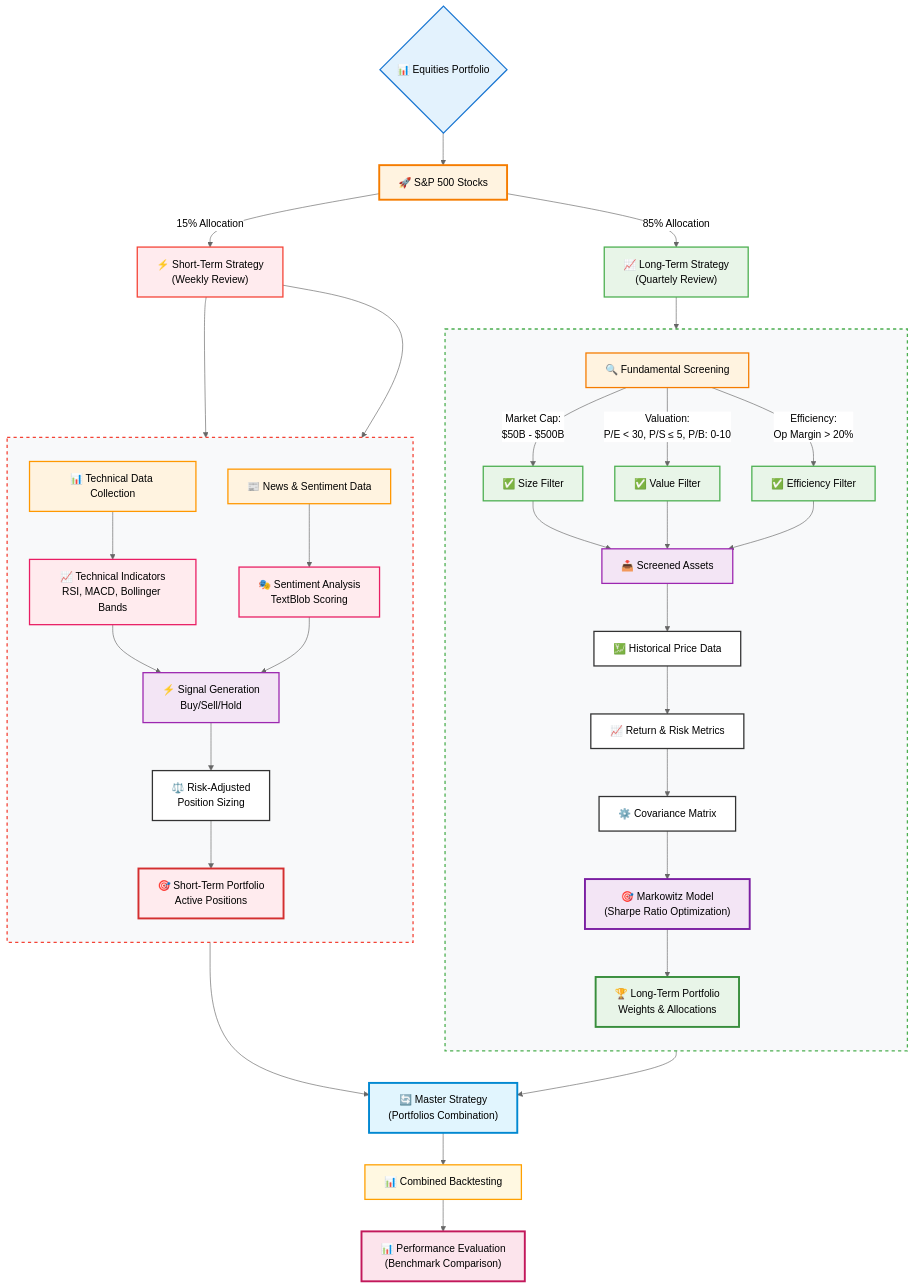
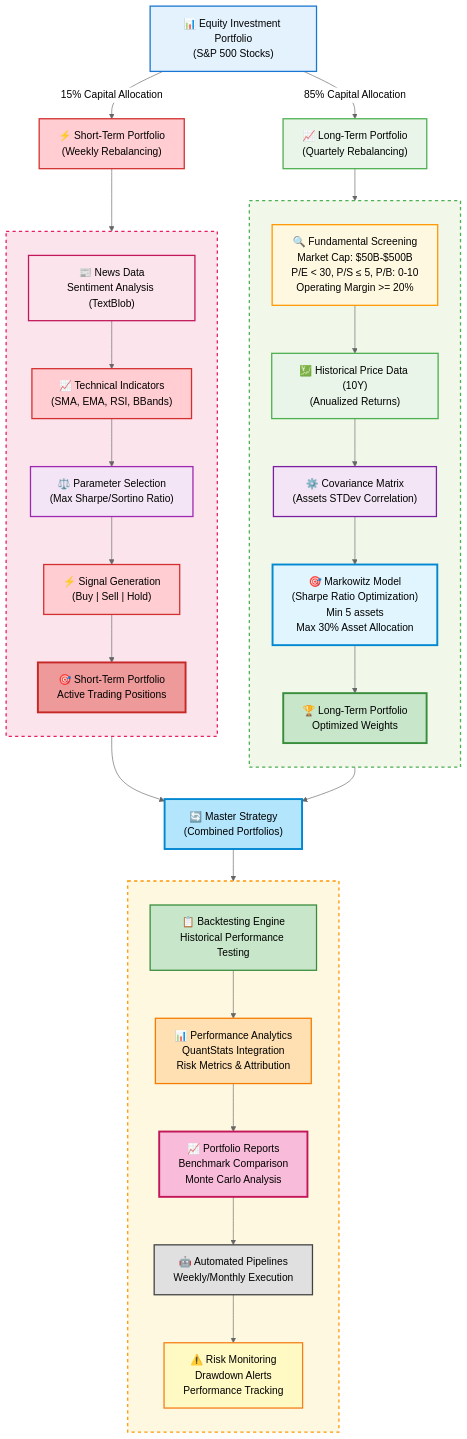
The diagram in README.md (renan-peres/mfin-algo-trading-team), drawn with Mermaid (neutral theme) before and after one commit. The commit also changed other lines of this file, not shown here.

Commit message:
Mermaid Diagram Update

````diff
--- a/README.md
+++ b/README.md
@@ -94,108 +64,96 @@
 ```mermaid
-flowchart TD
-    Start{📊 Equities Portfolio} --> Split[🚀 S&P 500 Stocks]
+flowchart TB
+    %% Data Sources
+    DS["📊 Equity Investment Portfolio<br/>(S&P 500 Stocks)"]
     
-    Split -->|"85% Allocation"| LongTerm["📈 Long-Term Strategy<br/>(Quartely Review)"]
-    Split -->|"15% Allocation"| ShortTerm["⚡ Short-Term Strategy<br/>(Weekly Review)"]
+    %% Strategy Split
+    DS -->|85% Capital Allocation| LTS["📈 Long-Term Portfolio<br/>(Quartely Rebalancing)"]
+    DS -->|15% Capital Allocation| STS["⚡ Short-Term Portfolio<br/>(Weekly Rebalancing)"]
     
-    %% Long-Term Portfolio Flow
-    LongTerm --> Screen[🔍 Fundamental Screening]
+    %% Long-Term Strategy Branch
+    LTS --> FS[🔍 Fundamental Screening<br/>Market Cap: $50B-$500B<br/>P/E < 30, P/S ≤ 5, P/B: 0-10<br/>Operating Margin >= 20%]
+    FS --> HD["💹 Historical Price Data (10Y)<br/>(Anualized Returns)"]
+    HD --> CM["⚙️ Covariance Matrix<br/>(Assets STDev Correlation)"]
+    CM --> MPT["🎯 Markowitz Model<br/>(Sharpe Ratio Optimization)"<br/>Min 5 assets<br/>Max 30% Asset Allocation]
+    MPT --> LTP[🏆 Long-Term Portfolio<br/>Optimized Weights]
     
-    Screen -->|"Market Cap:<br/>$50B - $500B"| Valid1[✅ Size Filter]
-    Screen -->|"Valuation:<br/>P/E < 30, P/S ≤ 5, P/B: 0-10"| Valid2[✅ Value Filter]
-    Screen -->|"Efficiency:<br/>Op Margin > 20%"| Valid3[✅ Efficiency Filter]
+    %% Short-Term Strategy Branch
+    STS --> ND["📰 News Data<br/>Sentiment Analysis (TextBlob)"]
+    ND --> TI["📈 Technical Indicators<br/>(SMA, EMA, RSI, BBands)"]
+    TI --> SG["⚖️ Parameter Selection<br/>(Max Sharpe/Sortino Ratio)"]
+    SG --> PS2["⚡ Signal Generation<br/>(Buy | Sell | Hold)"]
+    PS2 --> STP[🎯 Short-Term Portfolio<br/>Active Trading Positions]
     
-    Valid1 --> Collect[📥 Screened Assets]
-    Valid2 --> Collect
-    Valid3 --> Collect
+    %% Portfolio Combination
+    LTP --> CP["🔄 Master Strategy<br/>(Combined Portfolios)"]
+    STP --> CP
     
-    Collect --> Price[💹 Historical Price Data]
-    Price --> Returns[📈 Return & Risk Metrics]
-    Returns --> Covariance[⚙️ Covariance Matrix]
+    %% Backtesting & Analysis
+    CP --> BE[📋 Backtesting Engine<br/>Historical Performance Testing]
+    BE --> PA[📊 Performance Analytics<br/>QuantStats Integration<br/>Risk Metrics & Attribution]
+    PA --> PR[📈 Portfolio Reports<br/>Benchmark Comparison<br/>Monte Carlo Analysis]
     
-    Covariance --> Optimize["🎯 Markowitz Model<br/>(Sharpe Ratio Optimization)"]
+    %% Automation
+    PR --> AP[🤖 Automated Pipelines<br/>Weekly/Monthly Execution]
+    AP --> RM[⚠️ Risk Monitoring<br/>Drawdown Alerts<br/>Performance Tracking]
     
-    Optimize --> LongPortfolio[🏆 Long-Term Portfolio<br/>Weights & Allocations]
+    %% Improved Styling with Better Contrast
+    style DS fill:#e3f2fd,stroke:#1976d2,stroke-width:2px,color:#000000
     
-    %% Short-Term Portfolio Flow
-    ShortTerm --> TechData[📊 Technical Data Collection]
-    ShortTerm --> NewsData[📰 News & Sentiment Data]
+    %% Long-term styling with dark text
+    style LTS fill:#e8f5e8,stroke:#4caf50,stroke-width:2px,color:#000000
+    style FS fill:#fff8e1,stroke:#ff9800,stroke-width:2px,color:#000000
+    style HD fill:#e8f5e8,stroke:#4caf50,stroke-width:2px,color:#000000
+    style CM fill:#f3e5f5,stroke:#7b1fa2,stroke-width:2px,color:#000000
+    style MPT fill:#e1f5fe,stroke:#0288d1,stroke-width:3px,color:#000000
+    style LTP fill:#c8e6c9,stroke:#388e3c,stroke-width:3px,color:#000000
     
-    TechData --> Indicators[📈 Technical Indicators<br/>RSI, MACD, Bollinger Bands]
-    NewsData --> Sentiment[🎭 Sentiment Analysis<br/>TextBlob Scoring]
+    %% Short-term styling with white text on dark backgrounds
+    style STS fill:#ffcdd2,stroke:#d32f2f,stroke-width:2px,color:#000000
+    style ND fill:#fce4ec,stroke:#c2185b,stroke-width:2px,color:#000000
+    style TI fill:#ffcdd2,stroke:#d32f2f,stroke-width:2px,color:#000000
+    style SG fill:#f3e5f5,stroke:#9c27b0,stroke-width:2px,color:#000000
+    style PS2 fill:#ffcdd2,stroke:#d32f2f,stroke-width:2px,color:#000000
+    style STP fill:#ef9a9a,stroke:#c62828,stroke-width:3px,color:#000000
     
-    Indicators --> SignalGen[⚡ Signal Generation<br/>Buy/Sell/Hold]
-    Sentiment --> SignalGen
+    %% Combined flow styling
+    style CP fill:#b3e5fc,stroke:#0288d1,stroke-width:3px,color:#000000
+    style BE fill:#c8e6c9,stroke:#388e3c,stroke-width:2px,color:#000000
+    style PA fill:#ffe0b2,stroke:#f57c00,stroke-width:2px,color:#000000
+    style PR fill:#f8bbd9,stroke:#c2185b,stroke-width:3px,color:#000000
+    style AP fill:#e0e0e0,stroke:#424242,stroke-width:2px,color:#000000
+    style RM fill:#fff9c4,stroke:#f57f17,stroke-width:2px,color:#000000
     
-    SignalGen --> RiskSize[⚖️ Risk-Adjusted<br/>Position Sizing]
-    RiskSize --> ShortPortfolio[🎯 Short-Term Portfolio<br/>Active Positions]
-    
-    %% Combined Flow
-    LongPortfolio --> CombinePort["🔄 Master Strategy <br/>(Portfolios Combination)"]
-    ShortPortfolio --> CombinePort
-    
-    CombinePort --> FinalBacktest[📊 Combined Backtesting]
-    FinalBacktest --> FinalEval["📊 Performance Evaluation<br/>(Benchmark Comparison)"]
-    
-    %% Styling
-    style Start fill:#e3f2fd,stroke:#1976d2,stroke-width:2px,color:#000000
-    style Split fill:#fff3e0,stroke:#f57c00,stroke-width:3px,color:#000000
-    style LongTerm fill:#e8f5e8,stroke:#4caf50,stroke-width:2px,color:#000000
-    style ShortTerm fill:#ffebee,stroke:#f44336,stroke-width:2px,color:#000000
-    
-    %% Long-term styling
-    style Screen fill:#fff3e0,stroke:#f57c00,stroke-width:2px,color:#000000
-    style Valid1 fill:#e8f5e8,stroke:#4caf50,stroke-width:2px,color:#000000
-    style Valid2 fill:#e8f5e8,stroke:#4caf50,stroke-width:2px,color:#000000
-    style Valid3 fill:#e8f5e8,stroke:#4caf50,stroke-width:2px,color:#000000
-    style Collect fill:#f3e5f5,stroke:#9c27b0,stroke-width:2px,color:#000000
-    style Price fill:#ffffff,stroke:#333333,stroke-width:2px,color:#000000
-    style Returns fill:#ffffff,stroke:#333333,stroke-width:2px,color:#000000
-    style Covariance fill:#ffffff,stroke:#333333,stroke-width:2px,color:#000000
-    style Optimize fill:#f3e5f5,stroke:#7b1fa2,stroke-width:3px,color:#000000
-    style LongPortfolio fill:#e8f5e8,stroke:#388e3c,stroke-width:3px,color:#000000
-    
-    %% Short-term styling
-    style TechData fill:#fff3e0,stroke:#ff9800,stroke-width:2px,color:#000000
-    style NewsData fill:#fff3e0,stroke:#ff9800,stroke-width:2px,color:#000000
-    style Indicators fill:#ffebee,stroke:#e91e63,stroke-width:2px,color:#000000
-    style Sentiment fill:#ffebee,stroke:#e91e63,stroke-width:2px,color:#000000
-    style SignalGen fill:#f3e5f5,stroke:#9c27b0,stroke-width:2px,color:#000000
-    style RiskSize fill:#ffffff,stroke:#333333,stroke-width:2px,color:#000000
-    style ShortPortfolio fill:#ffebee,stroke:#d32f2f,stroke-width:3px,color:#000000
-    
-    %% Combined styling
-    style CombinePort fill:#e1f5fe,stroke:#0288d1,stroke-width:3px,color:#000000
-    style FinalBacktest fill:#fff8e1,stroke:#ffa000,stroke-width:2px,color:#000000
-    style FinalEval fill:#fce4ec,stroke:#c2185b,stroke-width:3px,color:#000000
-    
-    %% Subgraphs positioned side by side
-    subgraph LongTermFlow[" "]
+    %% Subgraph for better organization
+    subgraph LongFlow[" "]
         direction TB
-        Screen
-        Valid1
-        Valid2
-        Valid3
-        Collect
-        Price
-        Returns
-        Covariance
-        Optimize
-        LongPortfolio
+        FS
+        HD
+        CM
+        MPT
+        LTP
     end
     
-    subgraph ShortTermFlow[" "]
+    subgraph ShortFlow[" "]
         direction TB
-        TechData
-        NewsData
-        Indicators
-        Sentiment
-        SignalGen
-        RiskSize
-        ShortPortfolio
+        ND
+        TI
+        SG
+        PS2
+        STP
     end
     
-    %% Subgraph styling
-    style LongTermFlow fill:#f8f9fa,stroke:#4caf50,stroke-width:2px,stroke-dasharray: 5 5
-    style ShortTermFlow fill:#f8f9fa,stroke:#f44336,stroke-width:2px,stroke-dasharray: 5 5
+    subgraph Analytics[" "]
+        direction TB
+        BE
+        PA
+        PR
+        AP
+        RM
+    end
+    
+    %% Subgraph styling with better visibility
+    style LongFlow fill:#f1f8e9,stroke:#4caf50,stroke-width:2px,stroke-dasharray: 5 5
+    style ShortFlow fill:#fce4ec,stroke:#e91e63,stroke-width:2px,stroke-dasharray: 5 5
+    style Analytics fill:#fff8e1,stroke:#ff9800,stroke-width:2px,stroke-dasharray: 5 5
 ```
````
